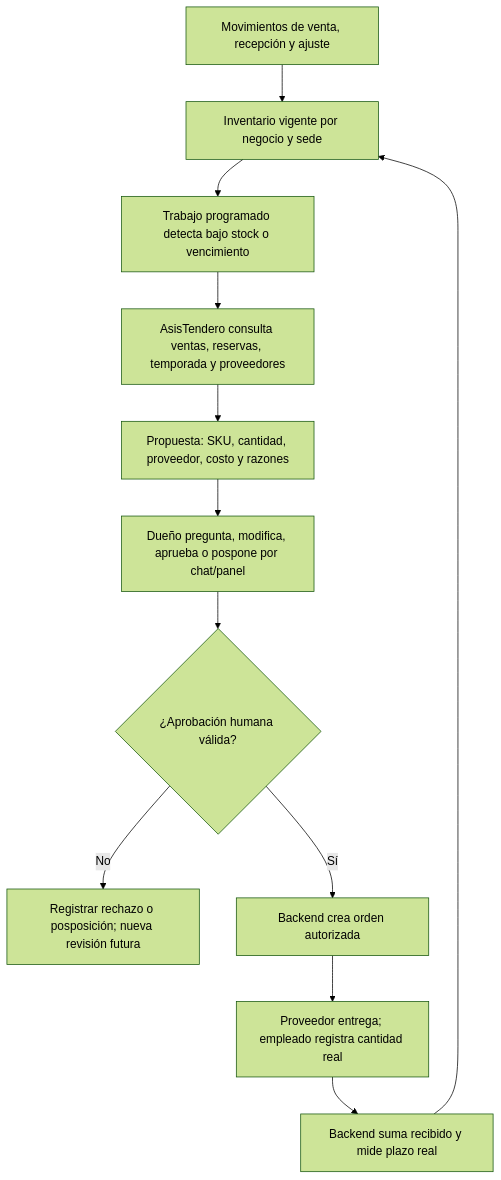
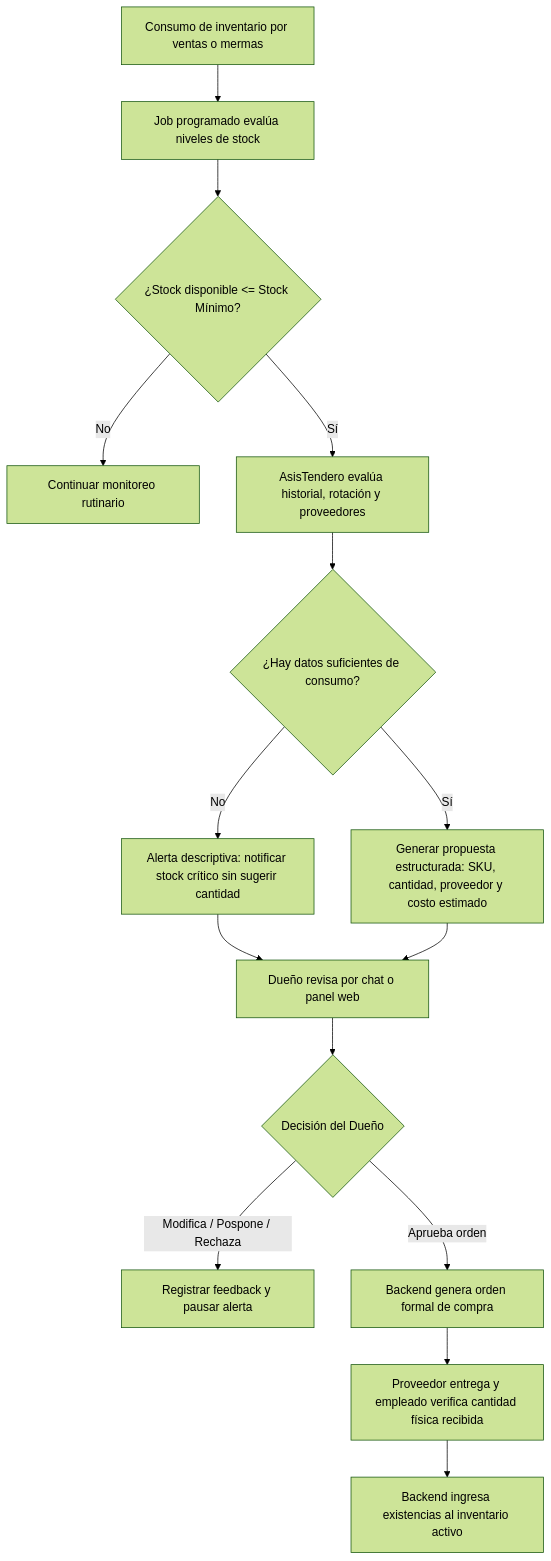
Before and after one commit to JulianCVM/AsisTendero: the third of 3 diagrams in contexto/definiciones/PT-001_BORRADOR.md, drawn with Mermaid (forest theme). The commit also changed other lines of this file, not shown here.

````diff
--- a/contexto/definiciones/PT-001_BORRADOR.md
+++ b/contexto/definiciones/PT-001_BORRADOR.md
@@ -111,14 +151,17 @@
 ```mermaid
 flowchart TD
-  A[Movimientos de venta, recepción y ajuste] --> B[Inventario vigente por negocio y sede]
-  B --> C[Trabajo programado detecta bajo stock o vencimiento]
-  C --> D[AsisTendero consulta ventas, reservas, temporada y proveedores]
-  D --> E[Propuesta: SKU, cantidad, proveedor, costo y razones]
-  E --> F[Dueño pregunta, modifica, aprueba o pospone por chat/panel]
-  F --> G{¿Aprobación humana válida?}
-  G -- No --> H[Registrar rechazo o posposición; nueva revisión futura]
-  G -- Sí --> I[Backend crea orden autorizada]
-  I --> J[Proveedor entrega; empleado registra cantidad real]
-  J --> K[Backend suma recibido y mide plazo real]
-  K --> B
+    A[Consumo de inventario por ventas o mermas] --> B[Job programado evalúa niveles de stock]
+    B --> C{¿Stock disponible <= Stock Mínimo?}
+    C -- No --> D[Continuar monitoreo rutinario]
+    C -- Sí --> E[AsisTendero evalúa historial, rotación y proveedores]
+    E --> F{¿Hay datos suficientes de consumo?}
+    F -- No --> G[Alerta descriptiva: notificar stock crítico sin sugerir cantidad]
+    F -- Sí --> H[Generar propuesta estructurada: SKU, cantidad, proveedor y costo estimado]
+    G --> I[Dueño revisa por chat o panel web]
+    H --> I
+    I --> J{Decisión del Dueño}
+    J -- Modifica / Pospone / Rechaza --> K[Registrar feedback y pausar alerta]
+    J -- Aprueba orden --> L[Backend genera orden formal de compra]
+    L --> M[Proveedor entrega y empleado verifica cantidad física recibida]
+    M --> N[Backend ingresa existencias al inventario activo]
 ```
````
